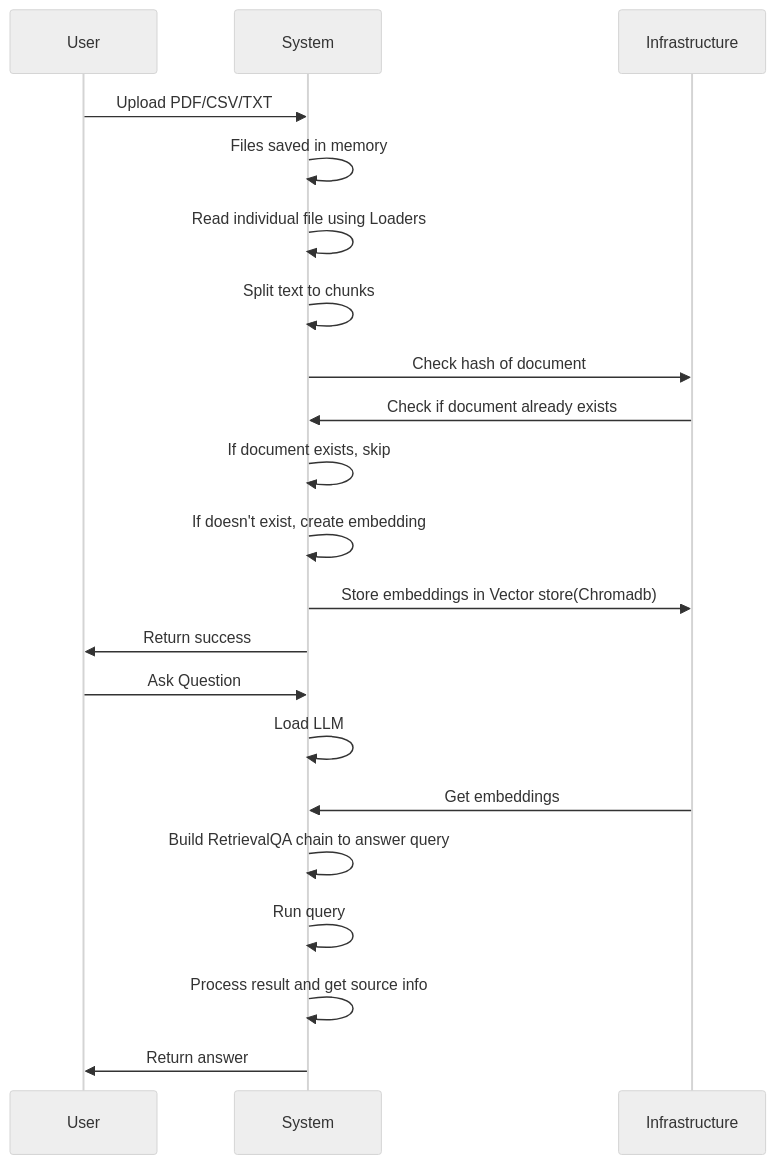
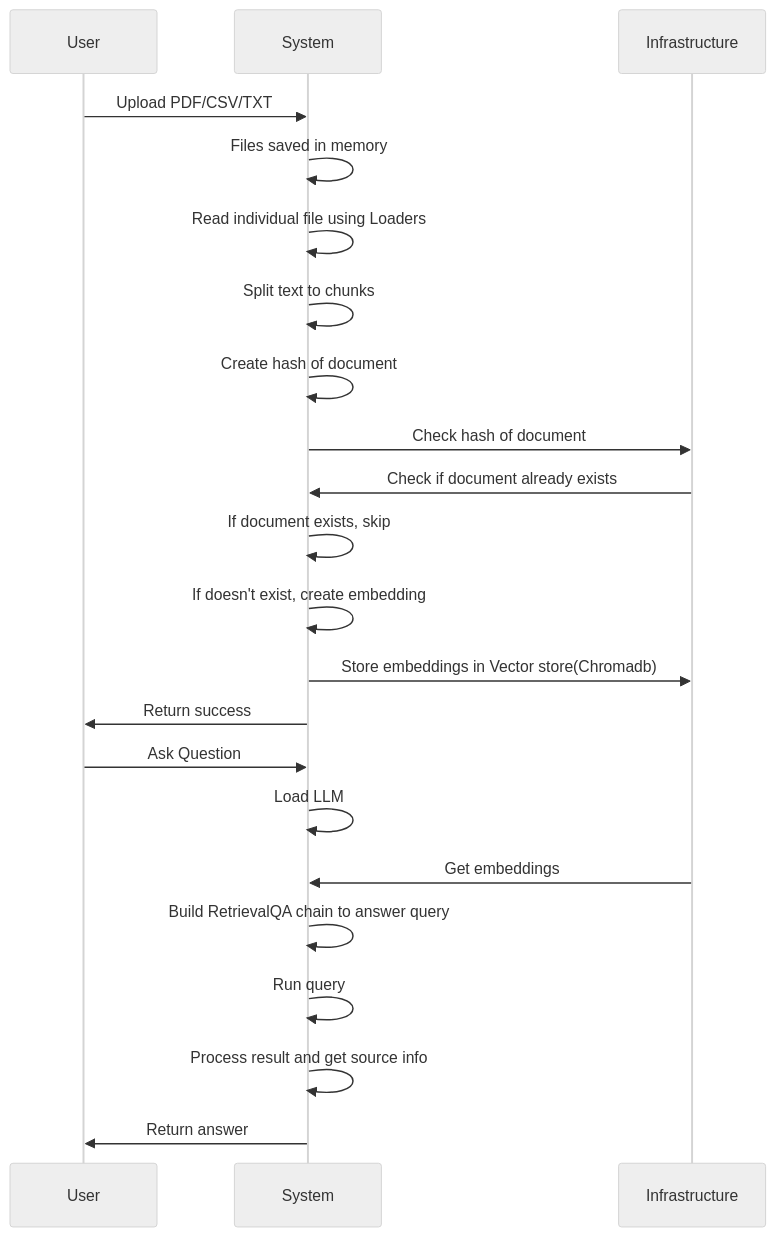
One commit to harshit105/aiqna changed the diagram in README.md. Above: the diagram before and after it, drawn with Mermaid (neutral theme).

````diff
--- a/README.md
+++ b/README.md
@@ -5,26 +5,27 @@
 ```mermaid
 sequenceDiagram
     participant User
     participant System
     participant Infrastructure
 
     User->>System: Upload PDF/CSV/TXT
 
     System->>System: Files saved in memory
     System->>System: Read individual file using Loaders
     System->>System: Split text to chunks
+    System->>System: Create hash of document
     System->>Infrastructure: Check hash of document
     Infrastructure->>System: Check if document already exists
     System->>System: If document exists, skip
     System->>System: If doesn't exist, create embedding
     System->>Infrastructure: Store embeddings in Vector store(Chromadb)
     System->>User: Return success
 
     User->>System: Ask Question
     System->>System: Load LLM
     Infrastructure->>System: Get embeddings
     System->>System: Build RetrievalQA chain to answer query
     System->>System: Run query
     System->>System: Process result and get source info
     System->>User: Return answer
 ```
````
